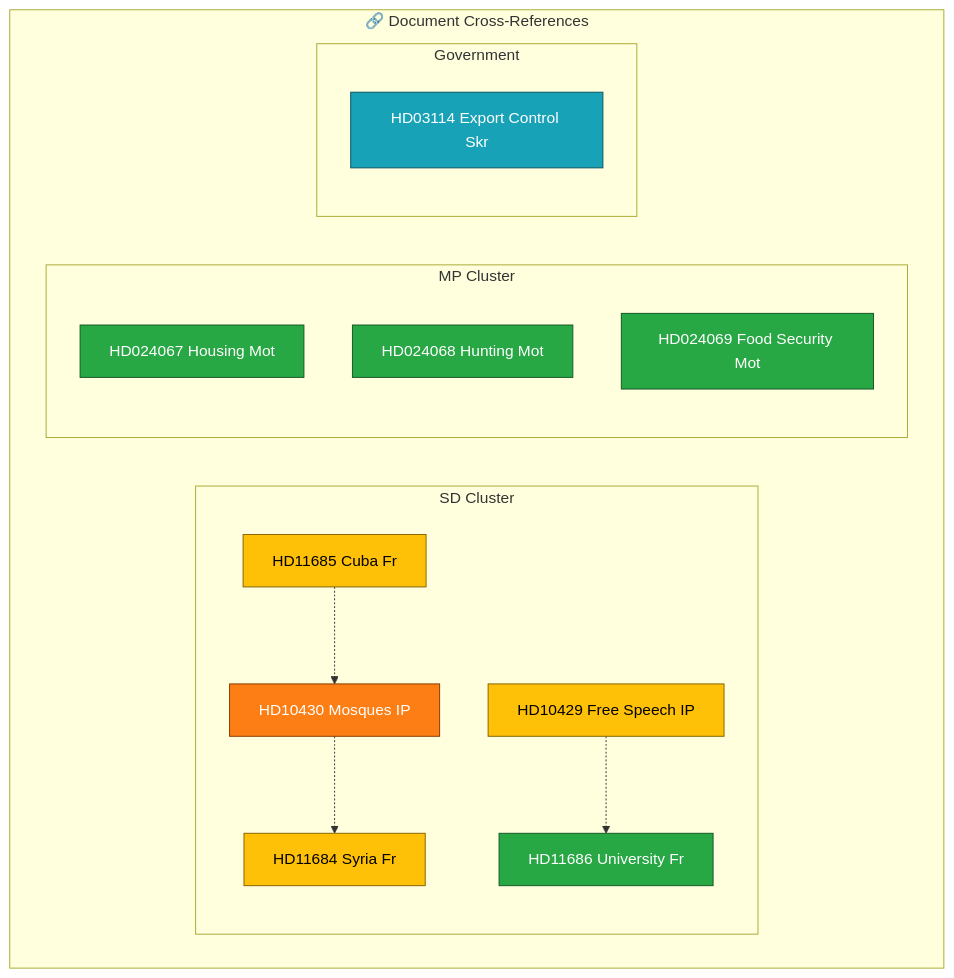
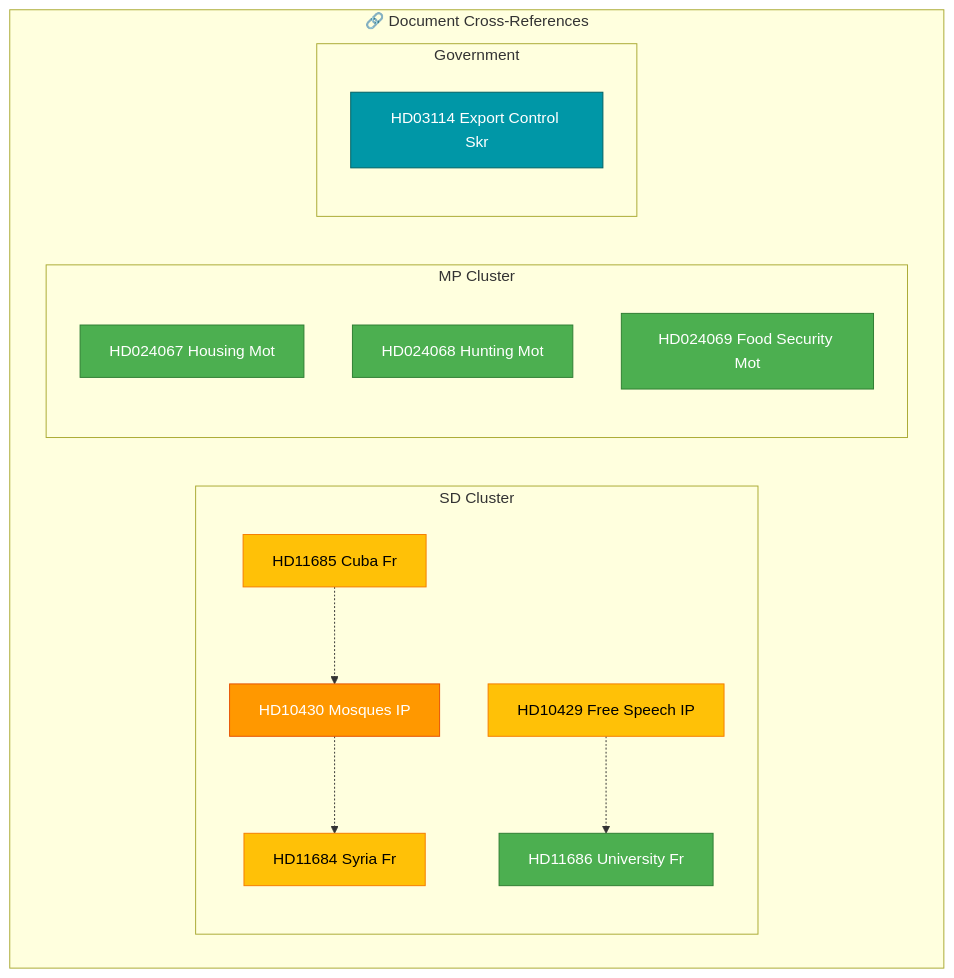
Before and after one commit to Hack23/riksdagsmonitor: the diagram in analysis/daily/2026-04-07/realtime-1411/cross-reference-map.md, drawn with Mermaid. The commit also changed 785 other files, not shown here.

First line of the commit message:
Normalize mermaid colors across 786 analysis artifacts to ISMS Style Guide palette

````diff
--- a/analysis/daily/2026-04-07/realtime-1411/cross-reference-map.md
+++ b/analysis/daily/2026-04-07/realtime-1411/cross-reference-map.md
@@ -13,28 +13,28 @@
 ```mermaid
 graph TD
     subgraph "🔗 Document Cross-References"
         subgraph "SD Cluster"
             HD10430["HD10430 Mosques IP"] -.-> HD11684["HD11684 Syria Fr"]
             HD11685["HD11685 Cuba Fr"] -.-> HD10430
             HD11686["HD11686 University Fr"]
             HD10429["HD10429 Free Speech IP"] -.-> HD11686
         end
         subgraph "MP Cluster"
             HD024067["HD024067 Housing Mot"]
             HD024068["HD024068 Hunting Mot"]
             HD024069["HD024069 Food Security Mot"]
         end
         subgraph "Government"
             HD03114["HD03114 Export Control Skr"]
         end
     end
-    style HD10430 fill:#fd7e14,stroke:#873b00,color:#fff
-    style HD11684 fill:#ffc107,stroke:#856404,color:#000
-    style HD11685 fill:#ffc107,stroke:#856404,color:#000
-    style HD11686 fill:#28a745,stroke:#155724,color:#fff
-    style HD10429 fill:#ffc107,stroke:#856404,color:#000
-    style HD024067 fill:#28a745,stroke:#155724,color:#fff
-    style HD024068 fill:#28a745,stroke:#155724,color:#fff
-    style HD024069 fill:#28a745,stroke:#155724,color:#fff
-    style HD03114 fill:#17a2b8,stroke:#0c5460,color:#fff
+    style HD10430 fill:#FF9800,stroke:#E65100,color:#FFFFFF
+    style HD11684 fill:#FFC107,stroke:#F57C00,color:#000000
+    style HD11685 fill:#FFC107,stroke:#F57C00,color:#000000
+    style HD11686 fill:#4CAF50,stroke:#2E7D32,color:#FFFFFF
+    style HD10429 fill:#FFC107,stroke:#F57C00,color:#000000
+    style HD024067 fill:#4CAF50,stroke:#2E7D32,color:#FFFFFF
+    style HD024068 fill:#4CAF50,stroke:#2E7D32,color:#FFFFFF
+    style HD024069 fill:#4CAF50,stroke:#2E7D32,color:#FFFFFF
+    style HD03114 fill:#0097A7,stroke:#006064,color:#FFFFFF
 ```
````
